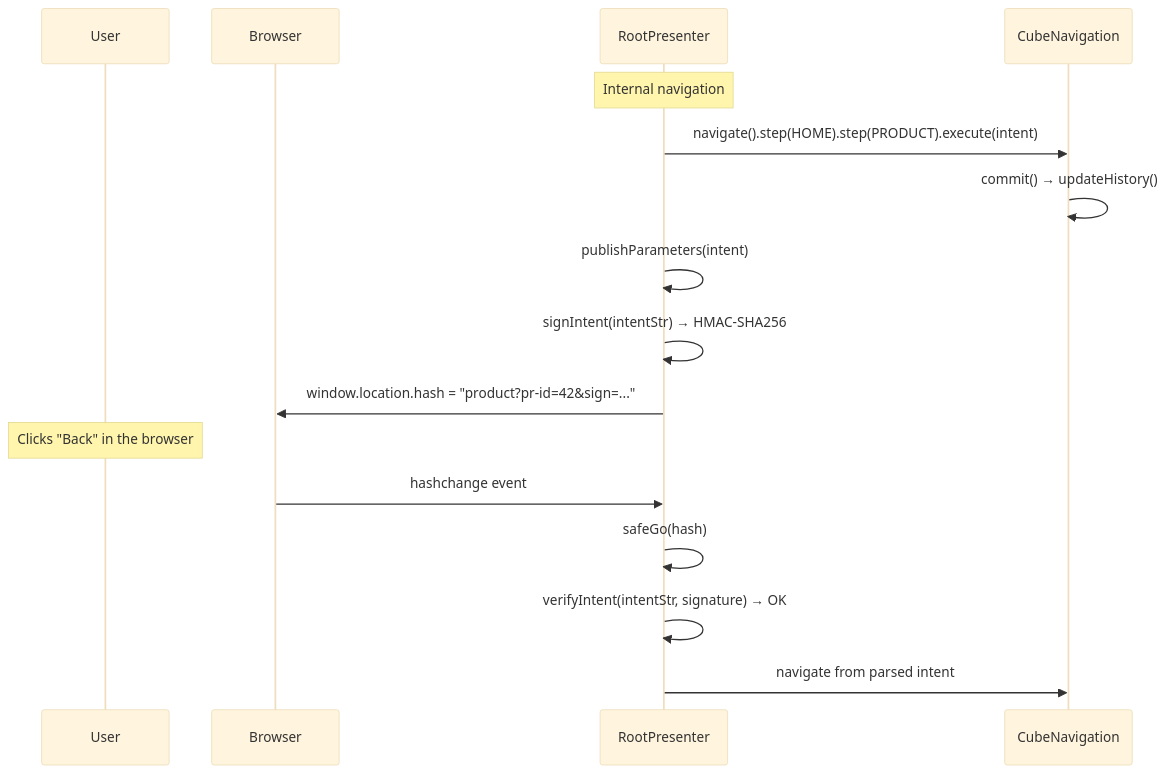
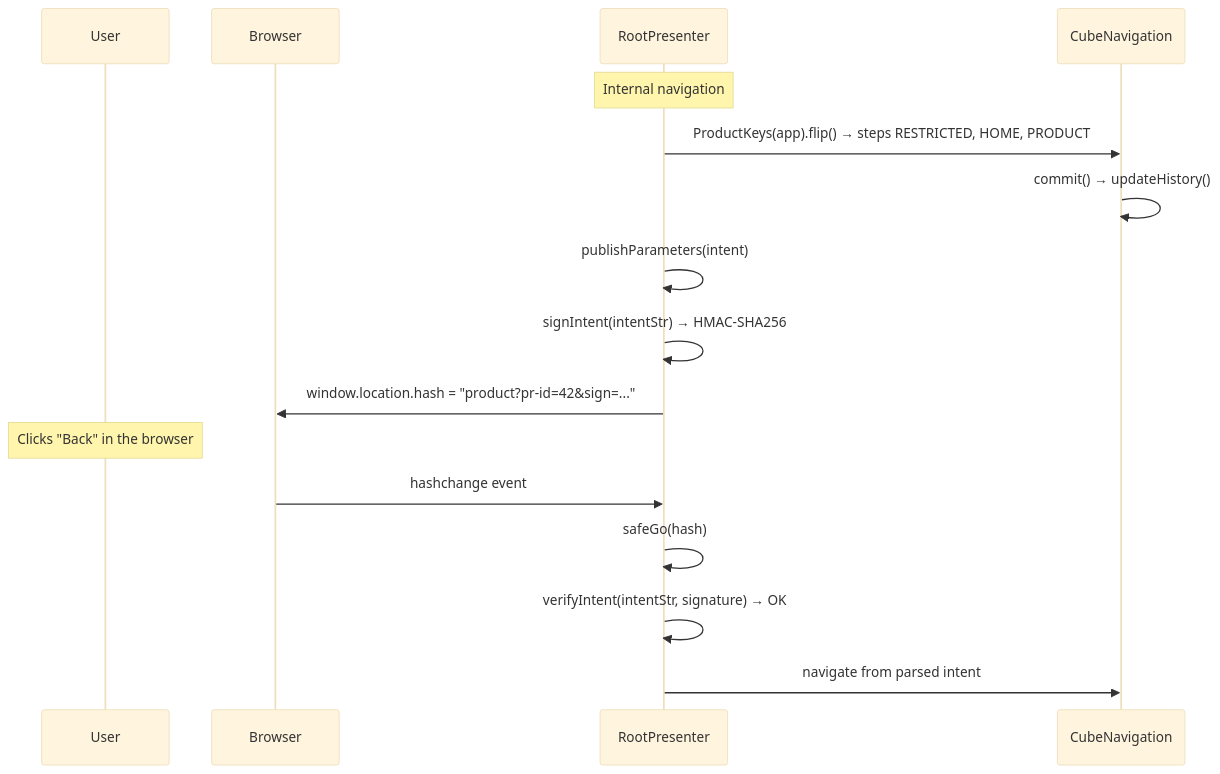
The eighth of 9 diagrams in docs/architecture-cube-compose.md (mrcdom/wdc-cube-kotlin), drawn with Mermaid (base theme) before and after one commit. The commit also changed other lines of this file and 35 other files, not shown here.

````diff
--- a/docs/architecture-cube-compose.md
+++ b/docs/architecture-cube-compose.md
@@ -537,20 +546,20 @@
 ```mermaid
 sequenceDiagram
     participant User as User
     participant Browser as Browser
     participant App as RootPresenter
     participant Nav as CubeNavigation
 
     Note over App: Internal navigation
-    App->>Nav: navigate().step(HOME).step(PRODUCT).execute(intent)
+    App->>Nav: ProductKeys(app).flip() → steps RESTRICTED, HOME, PRODUCT
     Nav->>Nav: commit() → updateHistory()
     App->>App: publishParameters(intent)
     App->>App: signIntent(intentStr) → HMAC-SHA256
     App->>Browser: window.location.hash = "product?pr-id=42&sign=..."
 
     Note over User: Clicks "Back" in the browser
     Browser->>App: hashchange event
     App->>App: safeGo(hash)
     App->>App: verifyIntent(intentStr, signature) → OK
     App->>Nav: navigate from parsed intent
 ```
````
